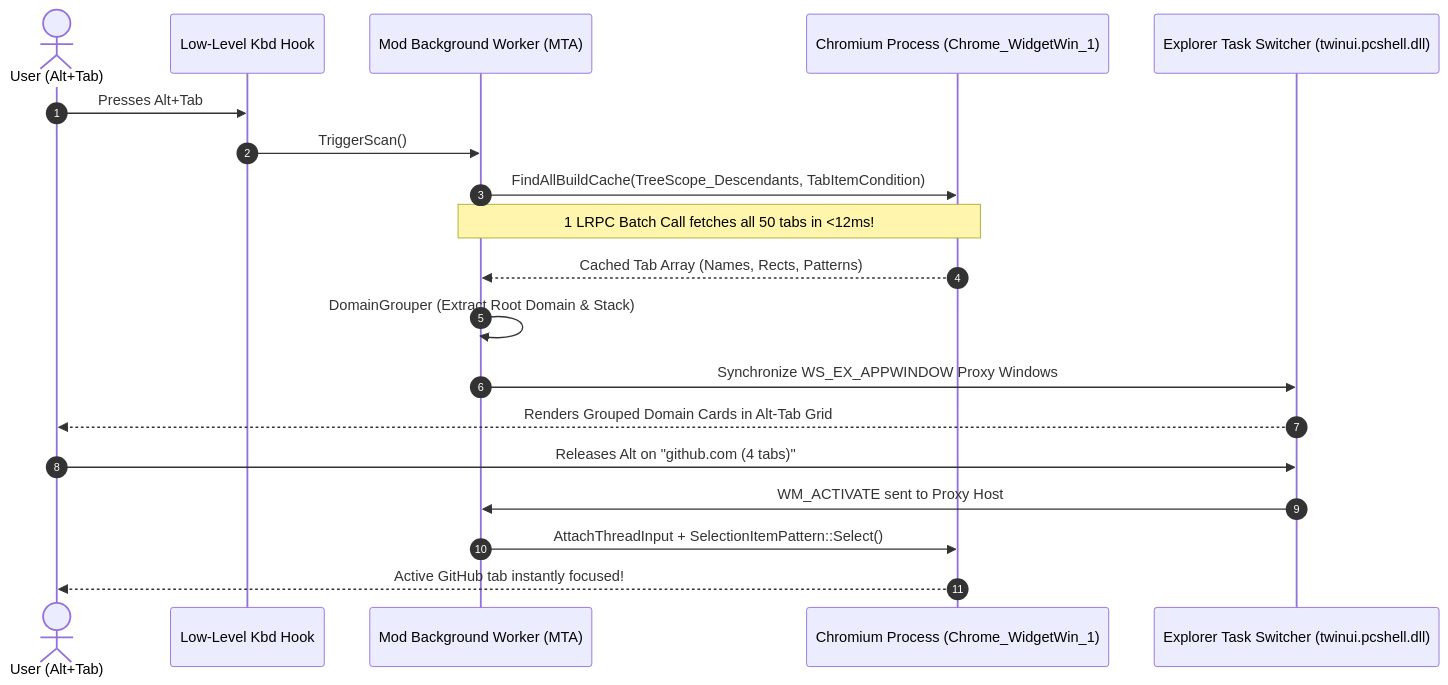
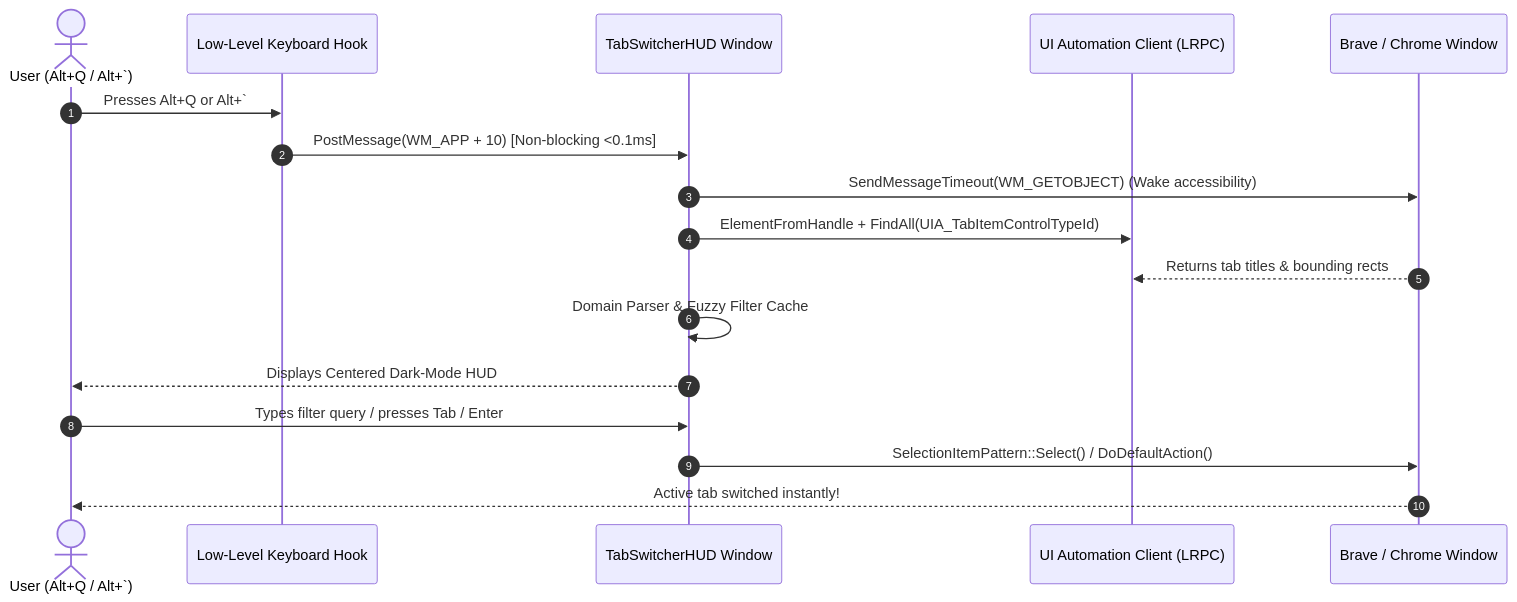
Before and after one commit to Dszae/AltTabs: the diagram in README.md, drawn with Mermaid. The commit also changed other lines of this file, not shown here.

Commit message:
docs: add comprehensive manual Windhawk installation guide and keyboard controls

````diff
--- a/README.md
+++ b/README.md
@@ -98,22 +118,20 @@
 ```mermaid
 sequenceDiagram
     autonumber
-    actor User as User (Alt+Tab)
-    participant Kbd as Low-Level Kbd Hook
-    participant Mod as Mod Background Worker (MTA)
-    participant Chrome as Chromium Process (Chrome_WidgetWin_1)
-    participant Shell as Explorer Task Switcher (twinui.pcshell.dll)
+    actor User as User (Alt+Q / Alt+`)
+    participant Hook as Low-Level Keyboard Hook
+    participant HUD as TabSwitcherHUD Window
+    participant UIA as UI Automation Client (LRPC)
+    participant Browser as Brave / Chrome Window
 
-    User->>Kbd: Presses Alt+Tab
-    Kbd->>Mod: TriggerScan()
-    Mod->>Chrome: FindAllBuildCache(TreeScope_Descendants, TabItemCondition)
-    Note over Mod,Chrome: 1 LRPC Batch Call fetches all 50 tabs in <12ms!
-    Chrome-->>Mod: Cached Tab Array (Names, Rects, Patterns)
-    Mod->>Mod: DomainGrouper (Extract Root Domain & Stack)
-    Mod->>Shell: Synchronize WS_EX_APPWINDOW Proxy Windows
-    Shell-->>User: Renders Grouped Domain Cards in Alt-Tab Grid
-    User->>Shell: Releases Alt on "github.com (4 tabs)"
-    Shell->>Mod: WM_ACTIVATE sent to Proxy Host
-    Mod->>Chrome: AttachThreadInput + SelectionItemPattern::Select()
-    Chrome-->>User: Active GitHub tab instantly focused!
+    User->>Hook: Presses Alt+Q or Alt+`
+    Hook->>HUD: PostMessage(WM_APP + 10) [Non-blocking <0.1ms]
+    HUD->>Browser: SendMessageTimeout(WM_GETOBJECT) (Wake accessibility)
+    HUD->>UIA: ElementFromHandle + FindAll(UIA_TabItemControlTypeId)
+    Browser-->>UIA: Returns tab titles & bounding rects
+    HUD->>HUD: Domain Parser & Fuzzy Filter Cache
+    HUD-->>User: Displays Centered Dark-Mode HUD
+    User->>HUD: Types filter query / presses Tab / Enter
+    HUD->>Browser: SelectionItemPattern::Select() / DoDefaultAction()
+    Browser-->>User: Active tab switched instantly!
 ```
````
